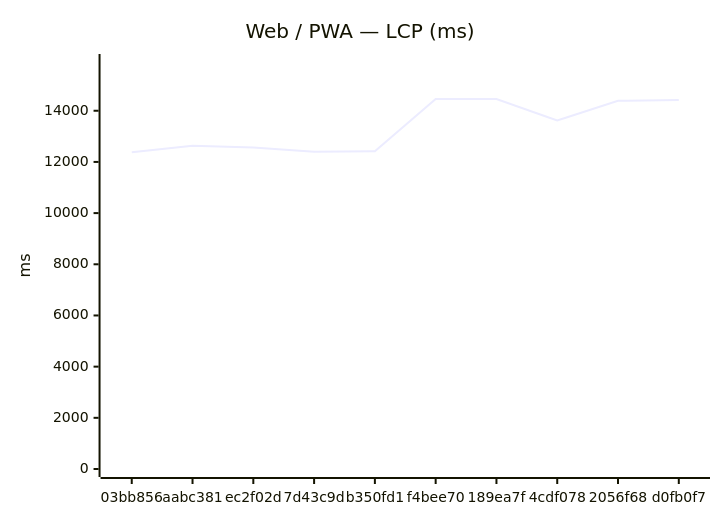
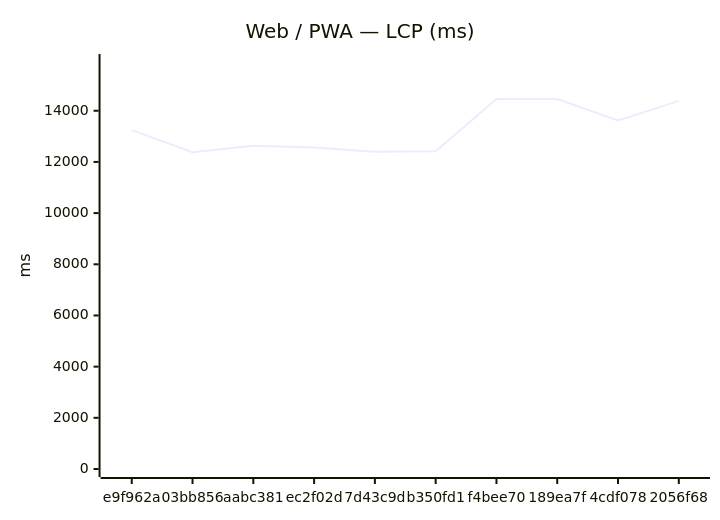
One commit to Metaheurist/Rianell changed the first of 18 diagrams in benchmarks/compare.md. Above: the diagram before and after it, drawn with Mermaid. The commit also changed other lines of this file and 11 other files, not shown here.

````diff
--- a/benchmarks/compare.md
+++ b/benchmarks/compare.md
@@ -24,7 +24,7 @@
 ```mermaid
 xychart-beta
     title "Web / PWA — LCP (ms)"
-    x-axis ["03bb856", "aabc381", "ec2f02d", "7d43c9d", "b350fd1", "f4bee70", "189ea7f", "4cdf078", "2056f68", "d0fb0f7"]
+    x-axis ["e9f962a", "03bb856", "aabc381", "ec2f02d", "7d43c9d", "b350fd1", "f4bee70", "189ea7f", "4cdf078", "2056f68"]
     y-axis "ms" 0 --> 15905
-    line [12382, 12632, 12566, 12399, 12420, 14457, 14459, 13617, 14386, 14419]
+    line [13245, 12382, 12632, 12566, 12399, 12420, 14457, 14459, 13617, 14386]
 ```
````
